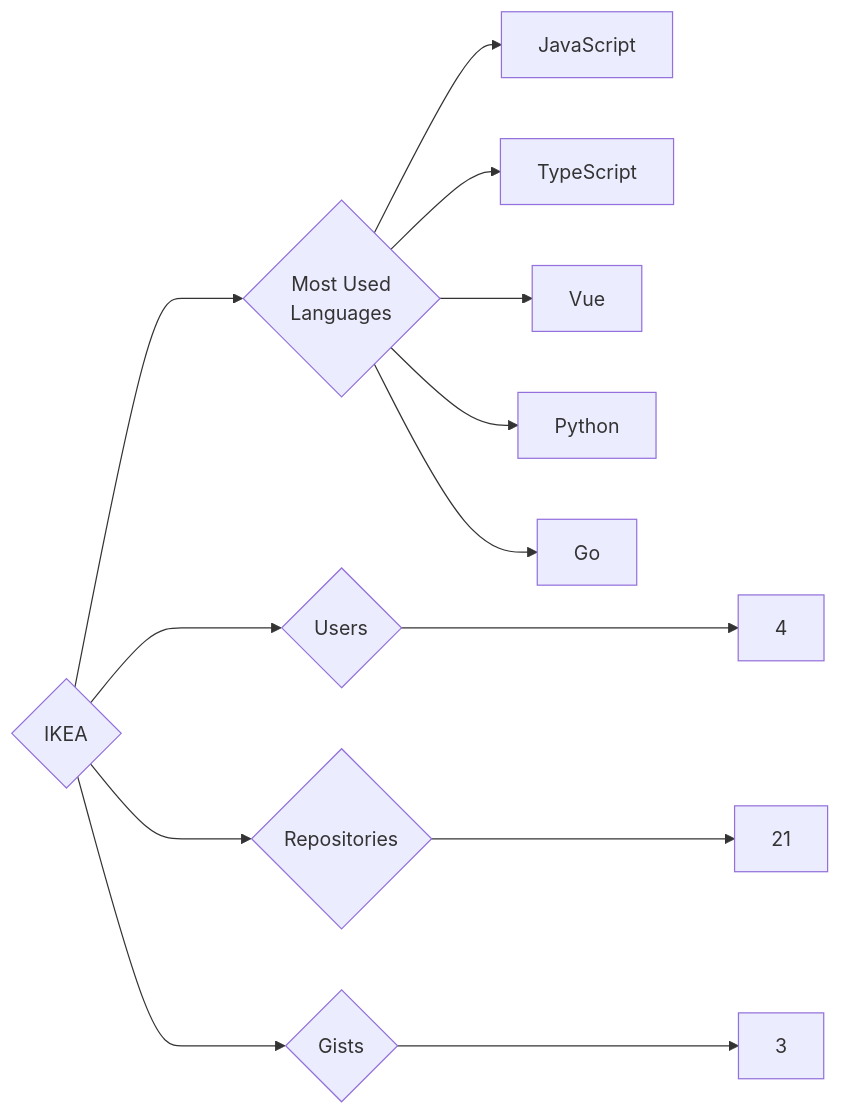
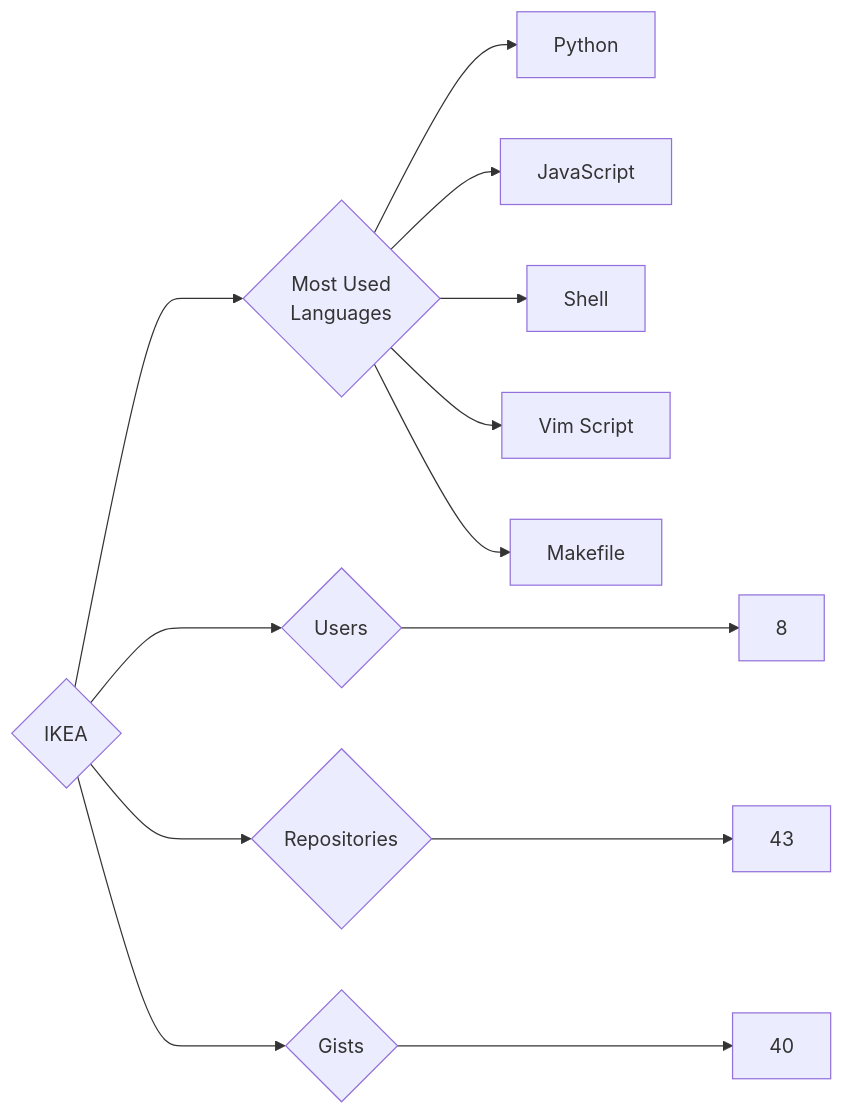
One commit to trickest/insiders changed the diagram in targets/IKEA/README.md. Above: the diagram before and after it, drawn with Mermaid. The commit also changed 1170 other files, not shown here.

````diff
--- a/targets/IKEA/README.md
+++ b/targets/IKEA/README.md
@@ -3,13 +3,13 @@
 ```mermaid
 graph LR
 COMPANY_NAME{IKEA}
-COMPANY_NAME ---> U{Users} ---> UN[4]
-COMPANY_NAME ---> R{Repositories} ---> RN[21]
-COMPANY_NAME ---> G{Gists} ---> GN[3]
+COMPANY_NAME ---> U{Users} ---> UN[8]
+COMPANY_NAME ---> R{Repositories} ---> RN[43]
+COMPANY_NAME ---> G{Gists} ---> GN[40]
 COMPANY_NAME ---> ML{Most Used<br>Languages}
+ML --> Python[Python]
 ML --> JavaScript[JavaScript]
-ML --> TypeScript[TypeScript]
-ML --> Vue[Vue]
-ML --> Python[Python]
-ML --> Go[Go]
+ML --> Shell[Shell]
+ML --> Vim_Script[Vim Script]
+ML --> Makefile[Makefile]
 ```
````
